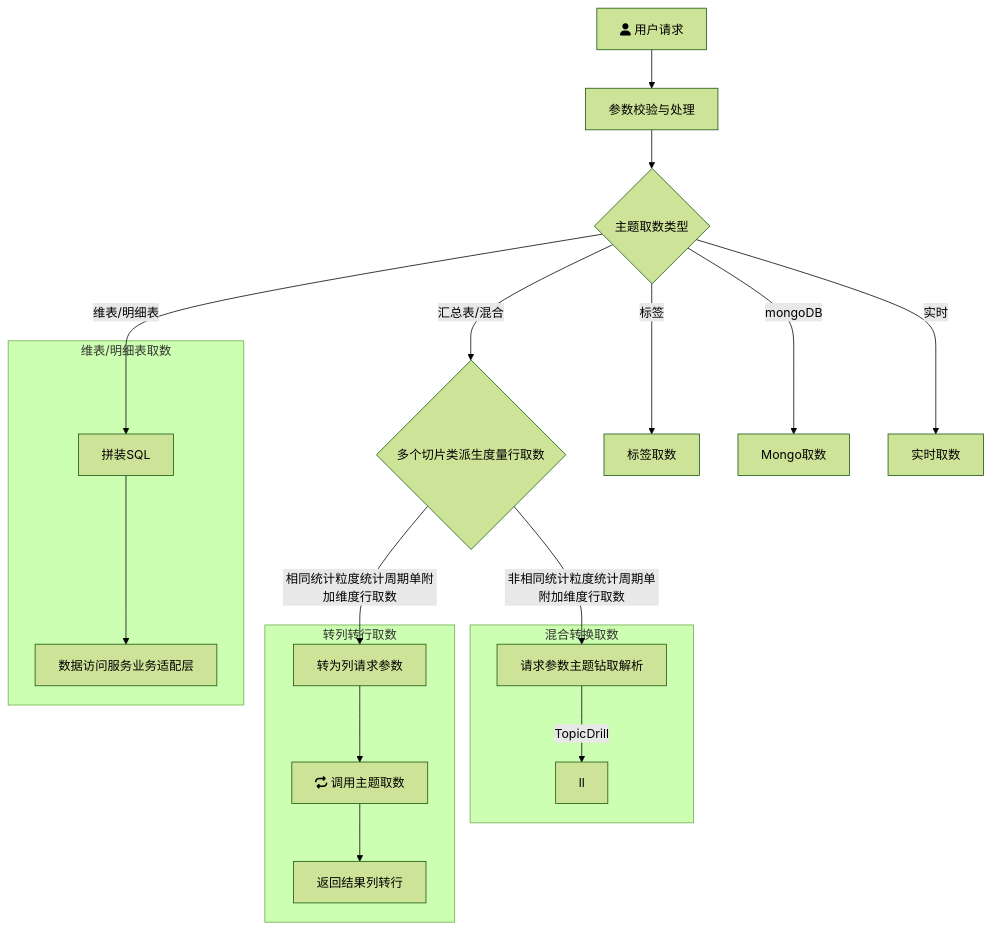
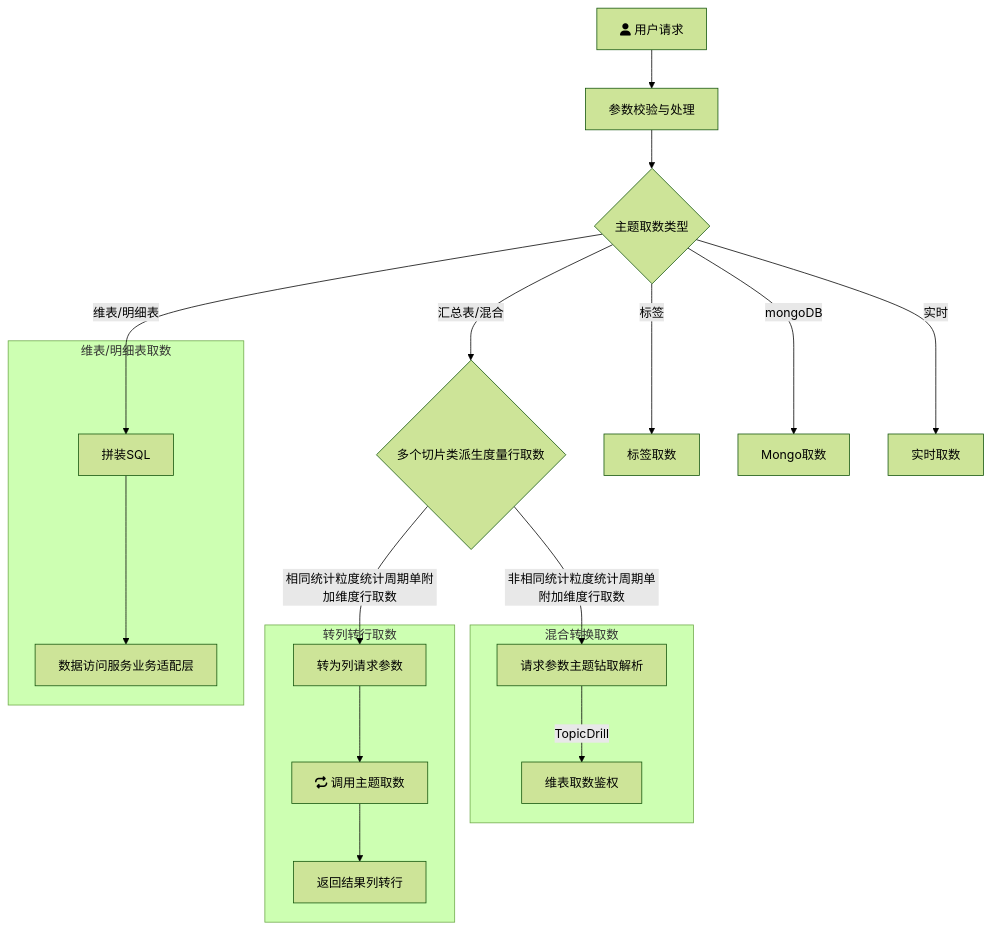
Before and after one commit to yanglosm/iodraw-files: the diagram in all/未命名.md, drawn with Mermaid (forest theme).

Commit message:
2024-11-29 18:42:17 update

````diff
--- a/all/未命名.md
+++ b/all/未命名.md
@@ -1,20 +1,20 @@
 ```mermaid
 flowchart TD
     A[fa:fa-user 用户请求] -->A1[参数校验与处理] --> B{主题取数类型}
     B -->|维表/明细表| D[拼装SQL]
     B -->|汇总表/混合| E{多个切片类派生度量行取数}
     B -->|标签| F[标签取数]
     B -->|mongoDB| G[Mongo取数]
     B -->|实时| H[实时取数]
     E -->|相同统计粒度统计周期单附加维度行取数| E1[转为列请求参数]
     E -->|非相同统计粒度统计周期单附加维度行取数| T1[请求参数主题钻取解析]
     subgraph 维表/明细表取数
     D-->D1[数据访问服务业务适配层]
     end
     subgraph 转列转行取数
     E1-->E11[fa:fa-repeat 调用主题取数]-->E12[返回结果列转行]
     end
     subgraph 混合转换取数
-    T1-->|TopicDrill| T2[ll]
+    T1-->|TopicDrill| T2[维表取数鉴权]
     end
 ```
````
